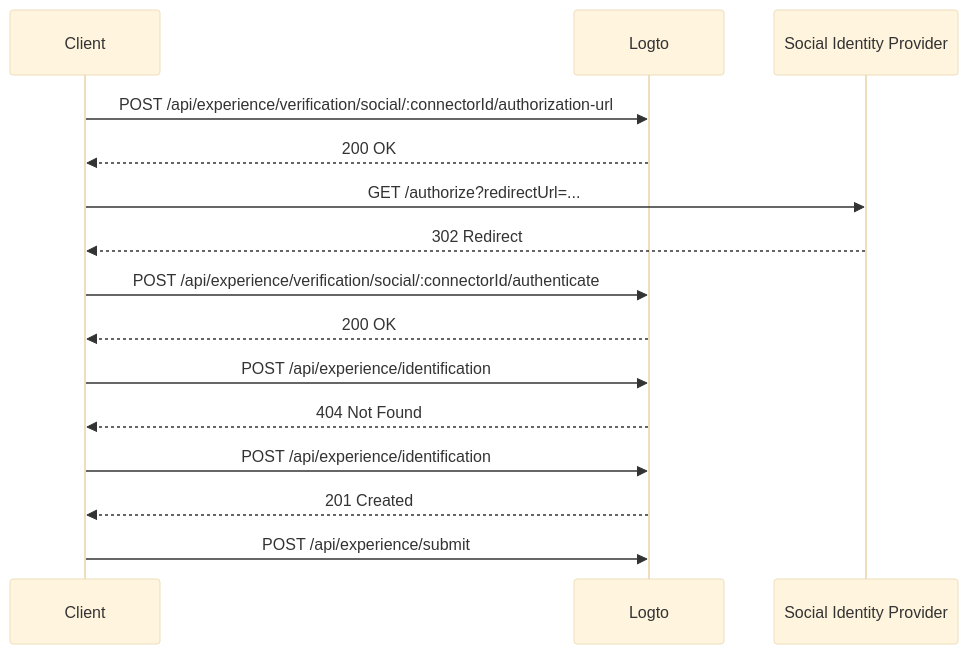
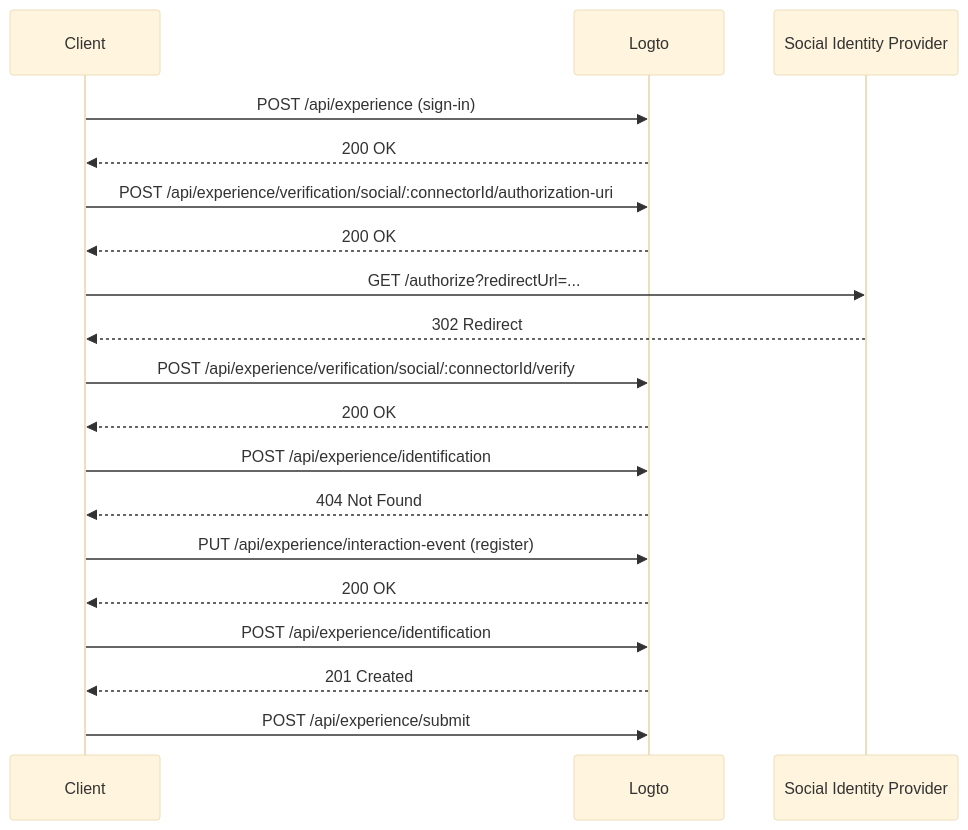
Before and after one commit to logto-io/rfcs: the tenth of 17 diagrams in draft/0004-experience-api.md, drawn with Mermaid (base theme). The commit also changed other lines of this file, not shown here.

First line of the commit message:
refactor: update the experience API.

````diff
--- a/draft/0004-experience-api.md
+++ b/draft/0004-experience-api.md
@@ -775,18 +835,22 @@
 ```mermaid
 sequenceDiagram
     participant C as Client
     participant L as Logto
     participant S as Social Identity Provider
 
-    C->>L: POST /api/experience/verification/social/:connectorId/authorization-url
+    C->>L: POST /api/experience (sign-in)
+    L-->>C: 200 OK
+    C->>L: POST /api/experience/verification/social/:connectorId/authorization-uri
     L-->>C: 200 OK
     C->>S: GET /authorize?redirectUrl=...
     S-->>C: 302 Redirect
-    C->>L: POST /api/experience/verification/social/:connectorId/authenticate
+    C->>L: POST /api/experience/verification/social/:connectorId/verify
     L-->>C: 200 OK
     C->>L: POST /api/experience/identification
     L-->>C: 404 Not Found
+    C->>L: PUT /api/experience/interaction-event (register)
+    L-->>C: 200 OK
     C->>L: POST /api/experience/identification
     L-->>C: 201 Created
     C->>L: POST /api/experience/submit
 ```
````
